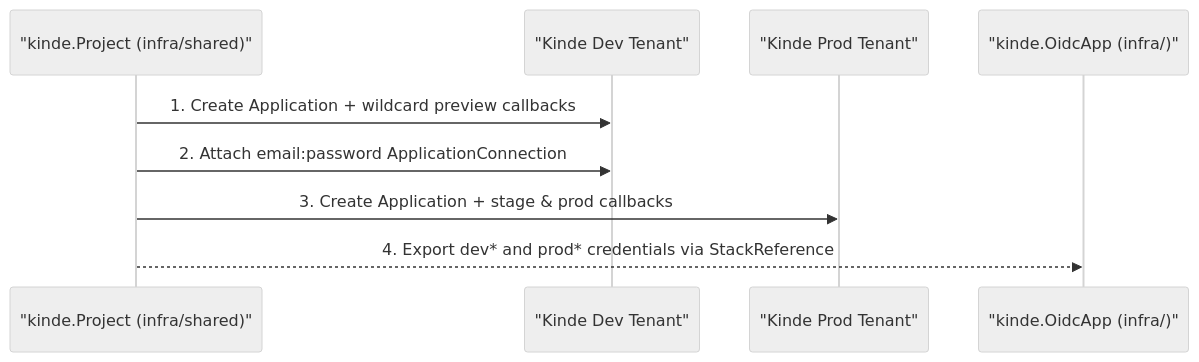
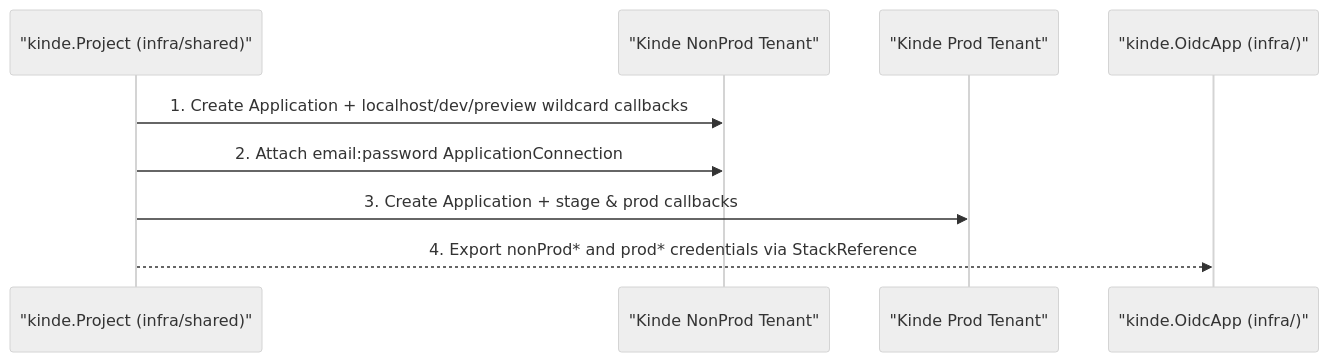
One commit to cloudvoyant/openbase changed the second of 2 diagrams in docs/architecture/providers/kinde/index.md. Above: the diagram before and after it, drawn with Mermaid (neutral theme). The commit also changed other lines of this file and 124 other files, not shown here.

````diff
--- a/docs/architecture/providers/kinde/index.md
+++ b/docs/architecture/providers/kinde/index.md
@@ -56,12 +56,12 @@
 ```mermaid
 sequenceDiagram
     participant Shared as "kinde.Project (infra/shared)"
-    participant DevT as "Kinde Dev Tenant"
+    participant NonProdT as "Kinde NonProd Tenant"
     participant ProdT as "Kinde Prod Tenant"
     participant Env as "kinde.OidcApp (infra/)"
 
-    Shared->>DevT: 1. Create Application + wildcard preview callbacks
-    Shared->>DevT: 2. Attach email:password ApplicationConnection
+    Shared->>NonProdT: 1. Create Application + localhost/dev/preview wildcard callbacks
+    Shared->>NonProdT: 2. Attach email:password ApplicationConnection
     Shared->>ProdT: 3. Create Application + stage & prod callbacks
-    Shared-->>Env: 4. Export dev* and prod* credentials via StackReference
+    Shared-->>Env: 4. Export nonProd* and prod* credentials via StackReference
 ```
````
